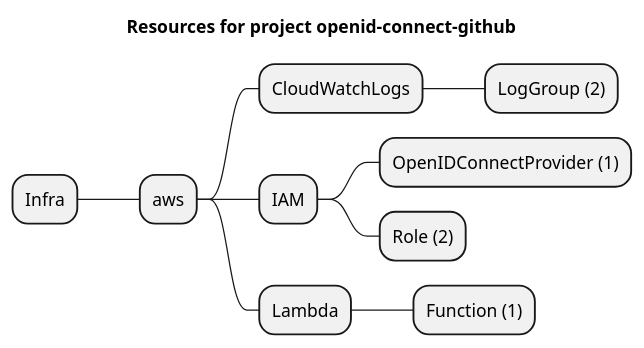
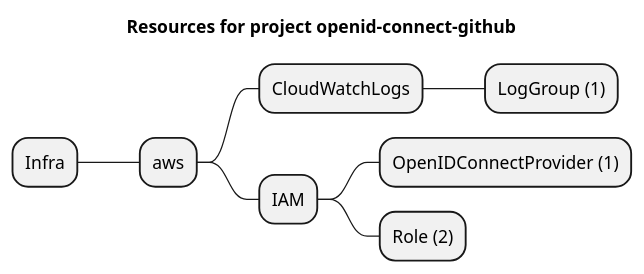
The diagram in examples/aws/aws-cdk-examples/openid-connect-github/artifacts/resources-mindmap.puml (grucloud/grucloud), drawn with PlantUML before and after one commit. The commit also changed 319 other files, not shown here.

```diff
--- a/examples/aws/aws-cdk-examples/openid-connect-github/artifacts/resources-mindmap.puml
+++ b/examples/aws/aws-cdk-examples/openid-connect-github/artifacts/resources-mindmap.puml
@@ -1,13 +1,11 @@
 @startmindmap
 title Resources for project openid-connect-github
 skinparam monochrome true
 + Infra
 ++ aws
 +++ CloudWatchLogs
-++++ LogGroup (2)
+++++ LogGroup (1)
 +++ IAM
 ++++ OpenIDConnectProvider (1)
 ++++ Role (2)
-+++ Lambda
-++++ Function (1)
 @endmindmap
```
